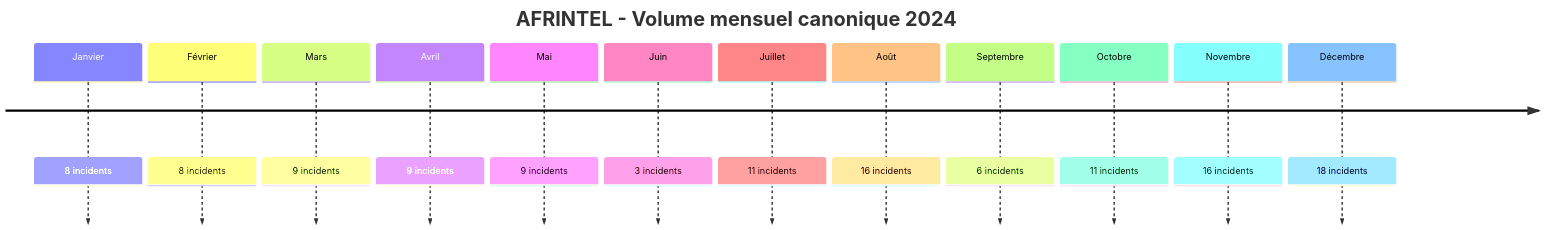
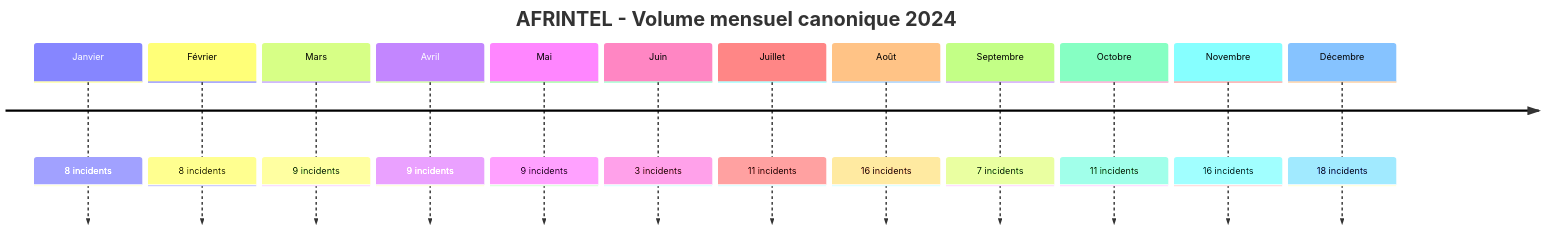
One commit to Hatchepsoute/AFRINTEL changed the first of 2 diagrams in CyberAttackAfrica/2024/README_FR.md. Above: the diagram before and after it, drawn with Mermaid. The commit also changed other lines of this file and 1034 other files, not shown here.

````diff
--- a/CyberAttackAfrica/2024/README_FR.md
+++ b/CyberAttackAfrica/2024/README_FR.md
@@ -56,16 +56,16 @@
 ```mermaid
 timeline
     title AFRINTEL - Volume mensuel canonique 2024
     Janvier : 8 incidents
     Février : 8 incidents
     Mars : 9 incidents
     Avril : 9 incidents
     Mai : 9 incidents
     Juin : 3 incidents
     Juillet : 11 incidents
     Août : 16 incidents
-    Septembre : 6 incidents
+    Septembre : 7 incidents
     Octobre : 11 incidents
     Novembre : 16 incidents
     Décembre : 18 incidents
 ```
````
